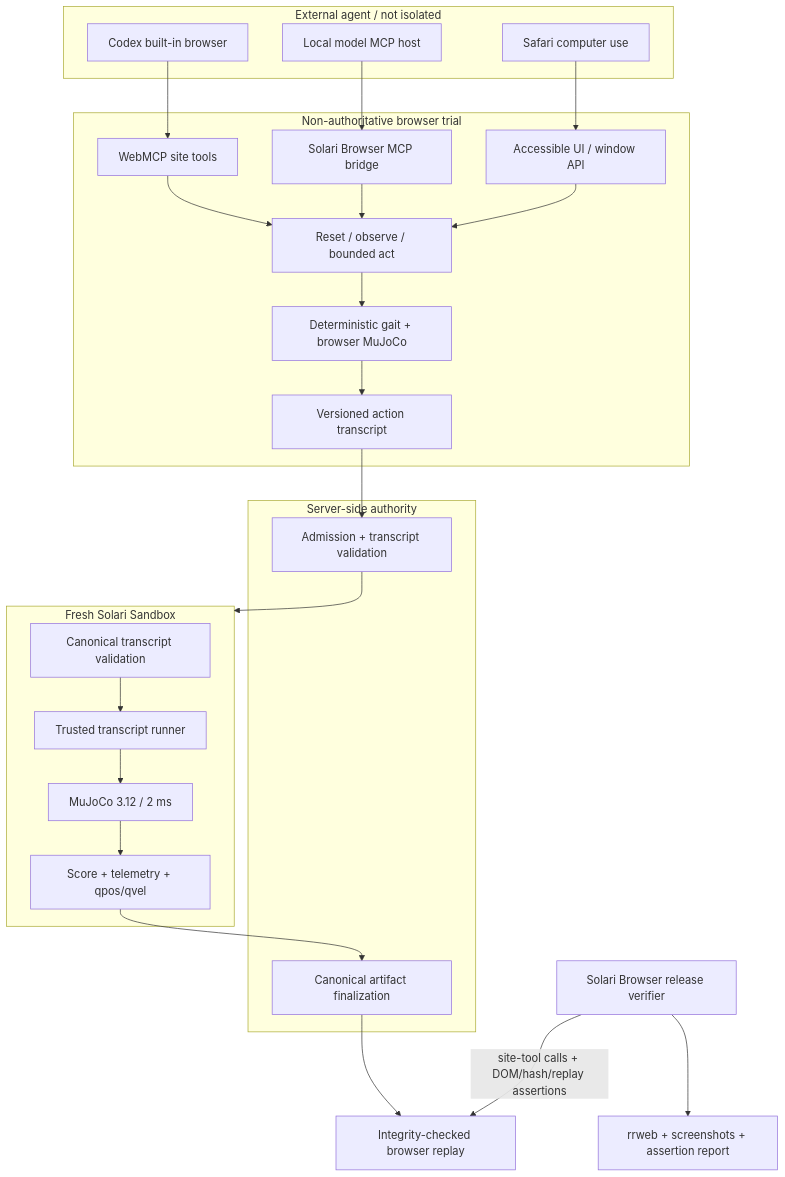
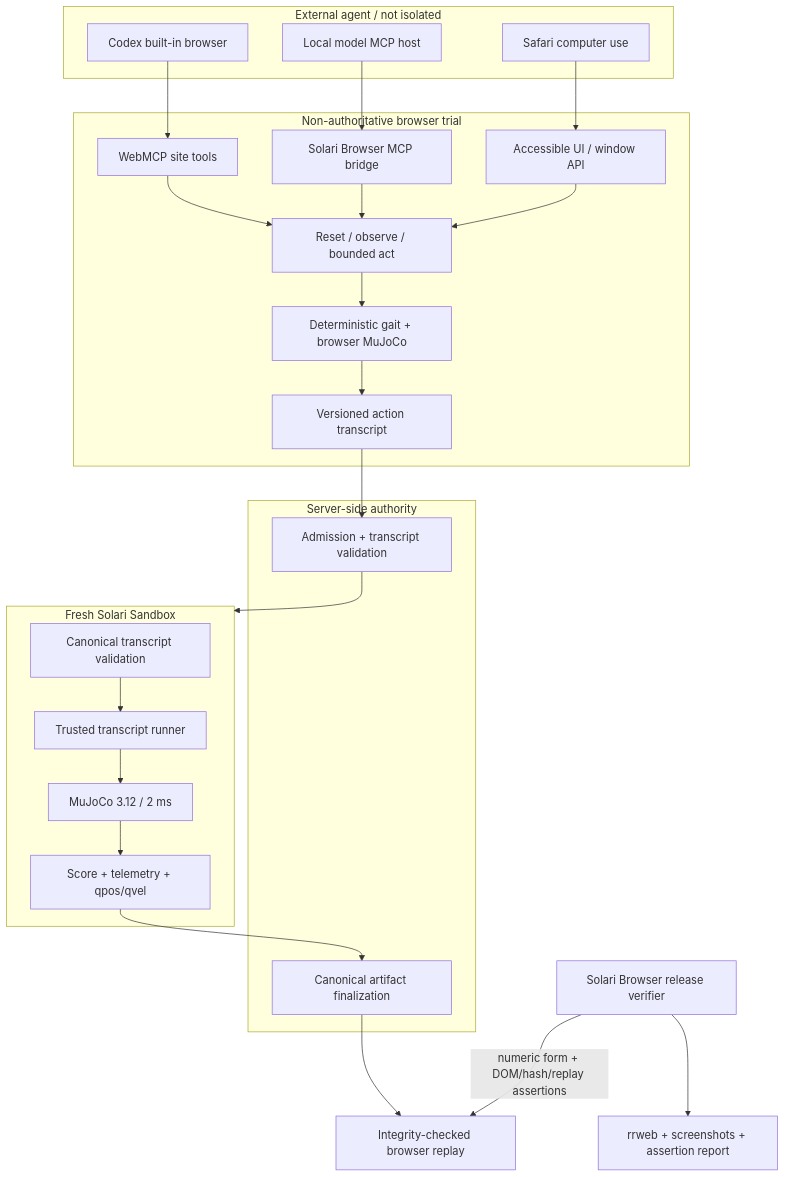
One commit to EXO-Robotics/solari-agent-arena changed the diagram in docs/ARCHITECTURE.md. Above: the diagram before and after it, drawn with Mermaid. The commit also changed 26 other files, not shown here.

````diff
--- a/docs/ARCHITECTURE.md
+++ b/docs/ARCHITECTURE.md
@@ -5,39 +5,39 @@
 ```mermaid
 flowchart TB
   subgraph Agent[External agent / not isolated]
     C[Codex built-in browser]
     L[Local model MCP host]
     S[Safari computer use]
   end
   subgraph Browser[Non-authoritative browser trial]
     W[WebMCP site tools]
     M[Solari Browser MCP bridge]
     U[Accessible UI / window API]
     O[Reset / observe / bounded act]
     P[Deterministic gait + browser MuJoCo]
     T[Versioned action transcript]
     W --> O
     M --> O
     U --> O
     O --> P --> T
   end
   C --> W
   L --> M
   S --> U
   T --> API
   subgraph Server[Server-side authority]
     API[Admission + transcript validation]
     F[Canonical artifact finalization]
   end
   API --> SS
   subgraph SS[Fresh Solari Sandbox]
     V[Canonical transcript validation]
     R[Trusted transcript runner]
     MU[MuJoCo 3.12 / 2 ms]
     E[Score + telemetry + qpos/qvel]
     V --> R --> MU --> E
   end
   E --> F --> VR[Integrity-checked browser replay]
-  B[Solari Browser release verifier] -->|site-tool calls + DOM/hash/replay assertions| VR
+  B[Solari Browser release verifier] -->|numeric form + DOM/hash/replay assertions| VR
   B --> EV[rrweb + screenshots + assertion report]
 ```
````
